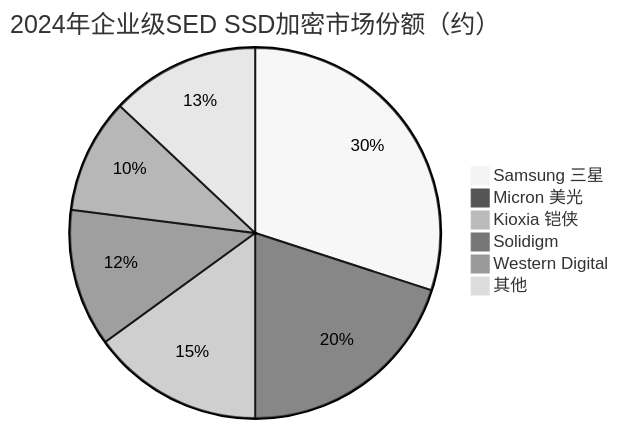
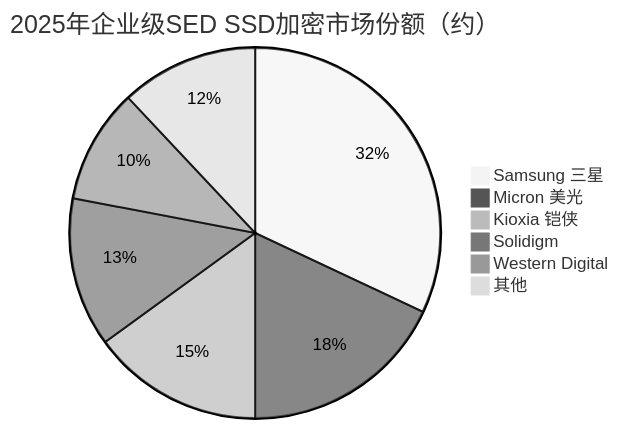
One commit to blueprint1453/industry-insight changed the third of 3 diagrams in 存储产业链/细分配套/存储安全与加密.md. Above: the diagram before and after it, drawn with Mermaid (neutral theme). The commit also changed other lines of this file and 78 other files, not shown here.

````diff
--- a/存储产业链/细分配套/存储安全与加密.md
+++ b/存储产业链/细分配套/存储安全与加密.md
@@ -153,9 +153,9 @@
 ```mermaid
-pie title 2024年企业级SED SSD加密市场份额（约）
-    "Samsung 三星" : 30
-    "Micron 美光" : 20
+pie title 2025年企业级SED SSD加密市场份额（约）
+    "Samsung 三星" : 32
+    "Micron 美光" : 18
     "Kioxia 铠侠" : 15
-    "Solidigm" : 12
+    "Solidigm" : 13
     "Western Digital" : 10
-    "其他" : 13
+    "其他" : 12
 ```
````
